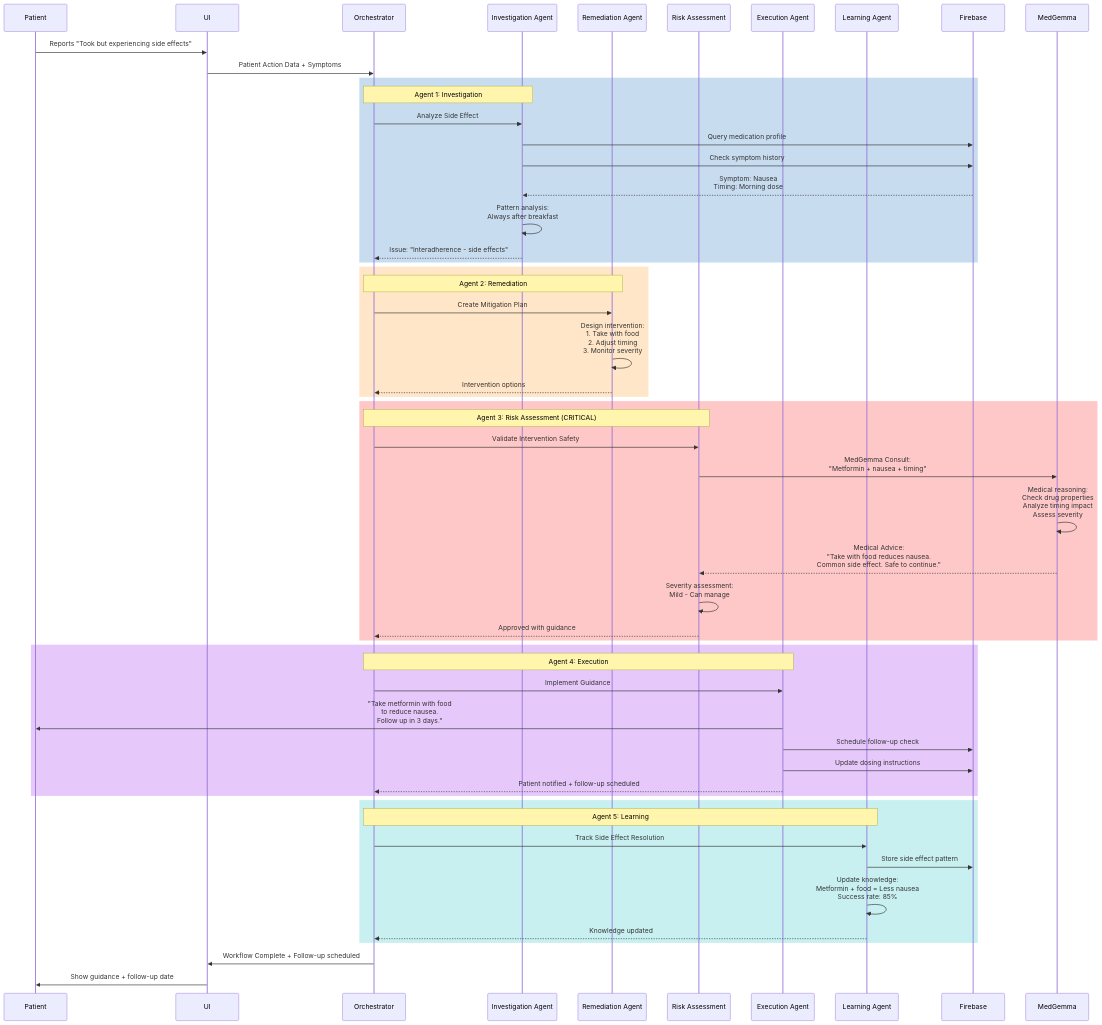
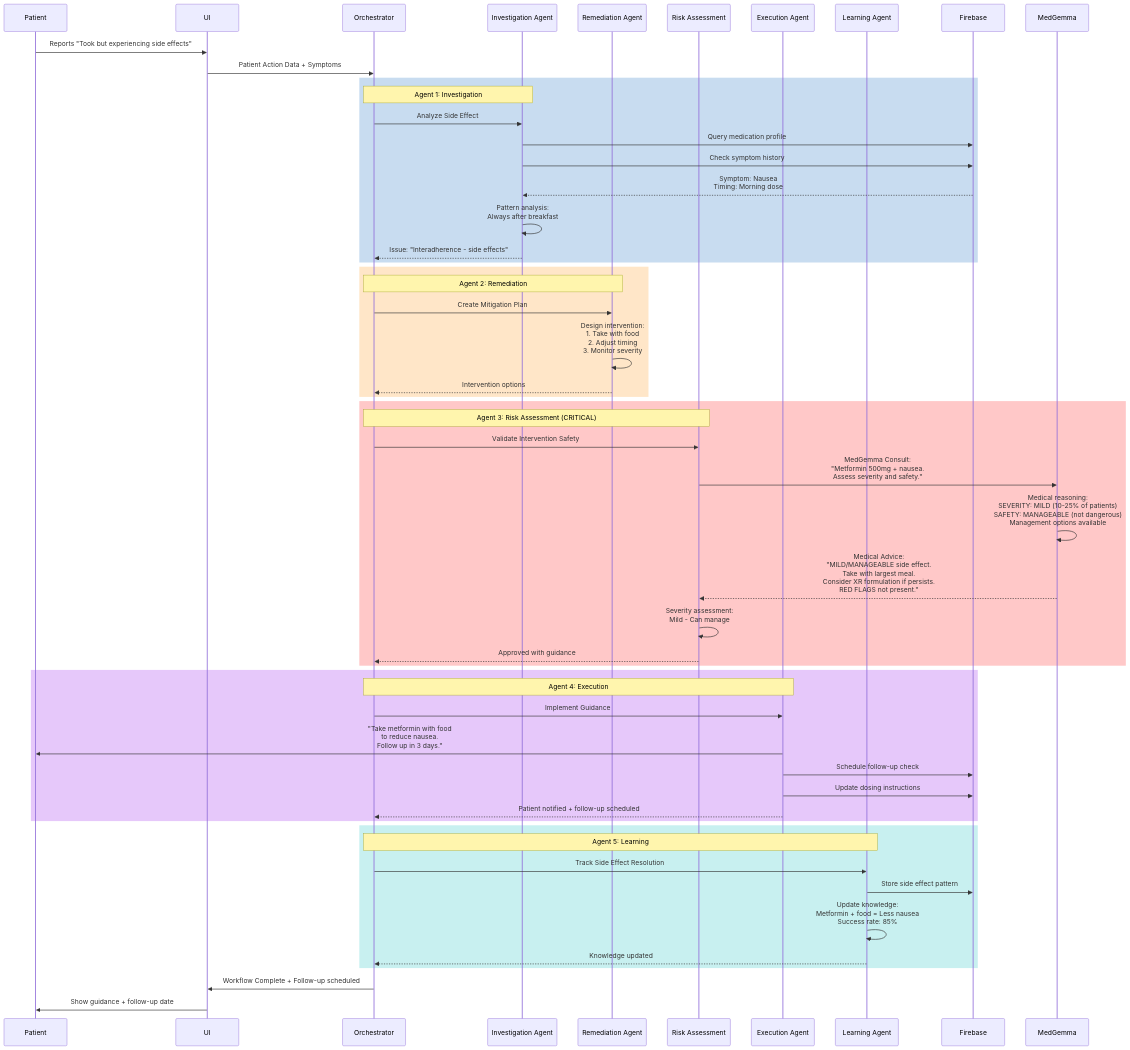
The sixth of 11 diagrams in docs/AGENTIC_FLOWS.md (raghulresearcher/kaggle_comp_medgemma), drawn with Mermaid before and after one commit. The commit also changed other lines of this file, not shown here.

````diff
--- a/docs/AGENTIC_FLOWS.md
+++ b/docs/AGENTIC_FLOWS.md
@@ -249,63 +261,63 @@
 ```mermaid
 sequenceDiagram
     participant Patient
     participant UI
     participant Orch as Orchestrator
     participant Inv as Investigation Agent
     participant Rem as Remediation Agent
     participant Risk as Risk Assessment
     participant Exec as Execution Agent
     participant Learn as Learning Agent
     participant DB as Firebase
     participant AI as MedGemma
 
     Patient->>UI: Reports "Took but experiencing side effects"
     UI->>Orch: Patient Action Data + Symptoms
     
     rect rgb(200, 220, 240)
         Note over Orch,Inv: Agent 1: Investigation
         Orch->>Inv: Analyze Side Effect
         Inv->>DB: Query medication profile
         Inv->>DB: Check symptom history
         DB-->>Inv: Symptom: Nausea<br/>Timing: Morning dose
         Inv->>Inv: Pattern analysis:<br/>Always after breakfast
         Inv-->>Orch: Issue: "Interadherence - side effects"
     end
     
     rect rgb(255, 230, 200)
         Note over Orch,Rem: Agent 2: Remediation
         Orch->>Rem: Create Mitigation Plan
         Rem->>Rem: Design intervention:<br/>1. Take with food<br/>2. Adjust timing<br/>3. Monitor severity
         Rem-->>Orch: Intervention options
     end
     
     rect rgb(255, 200, 200)
         Note over Orch,Risk: Agent 3: Risk Assessment (CRITICAL)
         Orch->>Risk: Validate Intervention Safety
-        Risk->>AI: MedGemma Consult:<br/>"Metformin + nausea + timing"
-        AI->>AI: Medical reasoning:<br/>Check drug properties<br/>Analyze timing impact<br/>Assess severity
-        AI-->>Risk: Medical Advice:<br/>"Take with food reduces nausea.<br/>Common side effect. Safe to continue."
+        Risk->>AI: MedGemma Consult:<br/>"Metformin 500mg + nausea.<br/>Assess severity and safety."
+        AI->>AI: Medical reasoning:<br/>SEVERITY: MILD (10-25% of patients)<br/>SAFETY: MANAGEABLE (not dangerous)<br/>Management options available
+        AI-->>Risk: Medical Advice:<br/>"MILD/MANAGEABLE side effect.<br/>Take with largest meal.<br/>Consider XR formulation if persists.<br/>RED FLAGS not present."
         Risk->>Risk: Severity assessment:<br/>Mild - Can manage
         Risk-->>Orch: Approved with guidance
     end
     
     rect rgb(230, 200, 250)
         Note over Orch,Exec: Agent 4: Execution
         Orch->>Exec: Implement Guidance
         Exec->>Patient: "Take metformin with food<br/>to reduce nausea.<br/>Follow up in 3 days."
         Exec->>DB: Schedule follow-up check
         Exec->>DB: Update dosing instructions
         Exec-->>Orch: Patient notified + follow-up scheduled
     end
     
     rect rgb(200, 240, 240)
         Note over Orch,Learn: Agent 5: Learning
         Orch->>Learn: Track Side Effect Resolution
         Learn->>DB: Store side effect pattern
         Learn->>Learn: Update knowledge:<br/>Metformin + food = Less nausea<br/>Success rate: 85%
         Learn-->>Orch: Knowledge updated
     end
     
     Orch->>UI: Workflow Complete + Follow-up scheduled
     UI->>Patient: Show guidance + follow-up date
 ```
````
